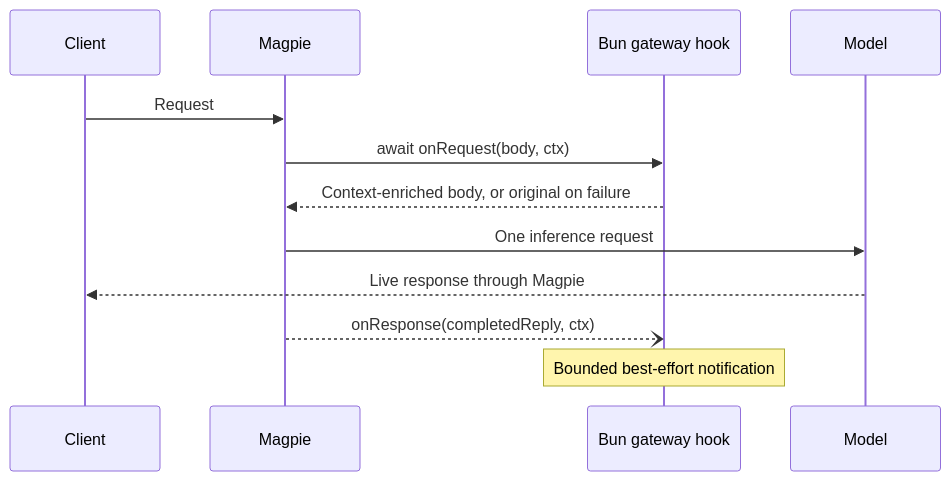
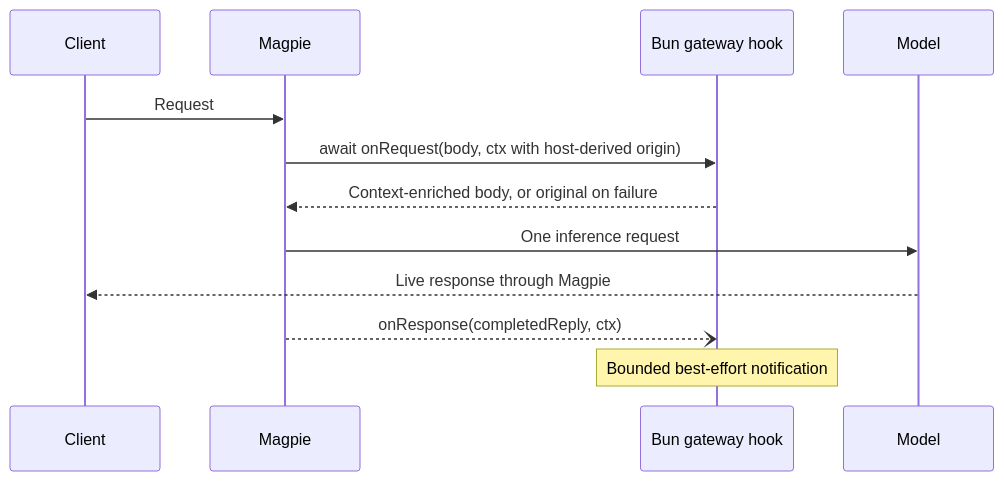
Before and after one commit to Tsukikage7/magpie: the diagram in docs/subsystems/gateway-request-hooks.md, drawn with Mermaid. The commit also changed other lines of this file and 3 other files, not shown here.

First line of the commit message:
feat: expose trusted request origin to gateway hooks

````diff
--- a/docs/subsystems/gateway-request-hooks.md
+++ b/docs/subsystems/gateway-request-hooks.md
@@ -7,14 +7,14 @@
 ```mermaid
 sequenceDiagram
     participant Client
     participant Magpie
     participant Hook as Bun gateway hook
     participant Model
     Client->>Magpie: Request
-    Magpie->>Hook: await onRequest(body, ctx)
+    Magpie->>Hook: await onRequest(body, ctx with host-derived origin)
     Hook-->>Magpie: Context-enriched body, or original on failure
     Magpie->>Model: One inference request
     Model-->>Client: Live response through Magpie
     Magpie--)Hook: onResponse(completedReply, ctx)
     Note over Hook: Bounded best-effort notification
 ```
````
